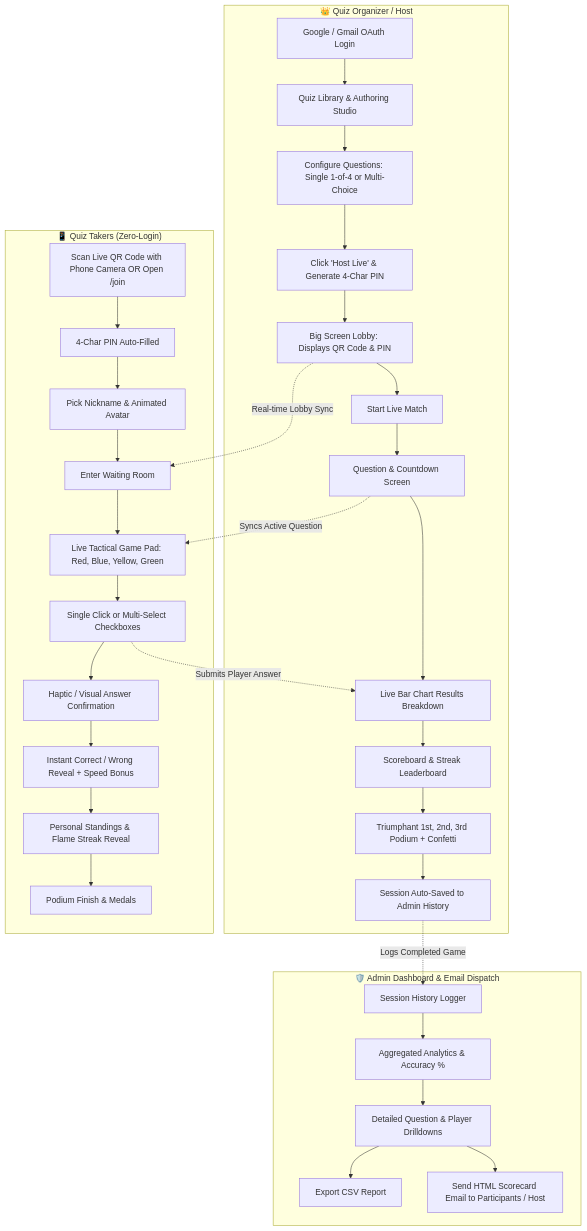
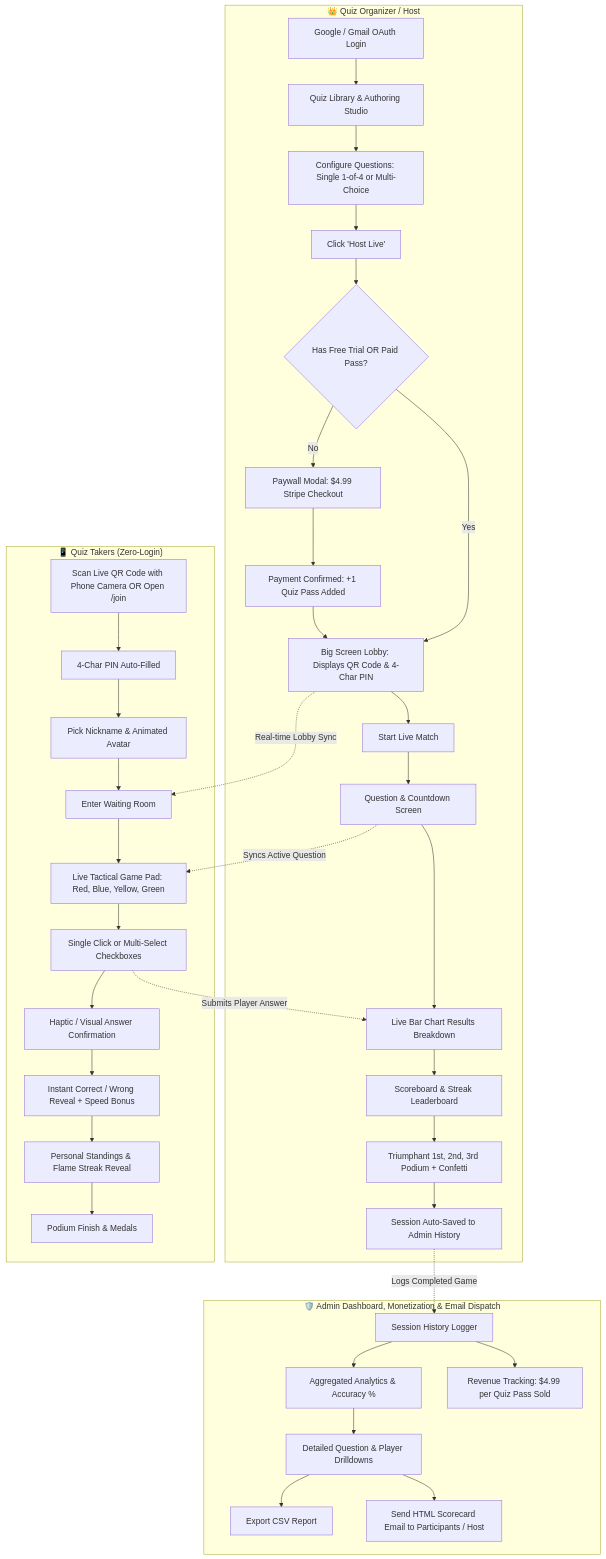
The first of 3 diagrams in README.md (karuthevar/QuizRush), drawn with Mermaid before and after one commit. The commit also changed other lines of this file and 12 other files, not shown here.

Commit message:
feat: implement monetization (.99 per quiz after 1 free trial) with Stripe checkout, paywall modal, billing balance, and test mode

````diff
--- a/README.md
+++ b/README.md
@@ -13,39 +13,44 @@
 ```mermaid
 flowchart TD
     subgraph Host ["👑 Quiz Organizer / Host"]
         H1[Google / Gmail OAuth Login] --> H2[Quiz Library & Authoring Studio]
         H2 --> H3[Configure Questions: Single 1-of-4 or Multi-Choice]
-        H3 --> H4[Click 'Host Live' & Generate 4-Char PIN]
-        H4 --> H5[Big Screen Lobby: Displays QR Code & PIN]
+        H3 --> H4[Click 'Host Live']
+        H4 --> H4A{Has Free Trial OR Paid Pass?}
+        H4A -- No --> H4B[Paywall Modal: $4.99 Stripe Checkout]
+        H4B --> H4C[Payment Confirmed: +1 Quiz Pass Added]
+        H4C --> H5
+        H4A -- Yes --> H5[Big Screen Lobby: Displays QR Code & 4-Char PIN]
         H5 --> H6[Start Live Match]
         H6 --> H7[Question & Countdown Screen]
         H7 --> H8[Live Bar Chart Results Breakdown]
         H8 --> H9[Scoreboard & Streak Leaderboard]
         H9 --> H10[Triumphant 1st, 2nd, 3rd Podium + Confetti]
         H10 --> H11[Session Auto-Saved to Admin History]
     end
 
     subgraph Players ["📱 Quiz Takers (Zero-Login)"]
         P1[Scan Live QR Code with Phone Camera OR Open /join] --> P2[4-Char PIN Auto-Filled]
         P2 --> P3[Pick Nickname & Animated Avatar]
         P3 --> P4[Enter Waiting Room]
         P4 --> P5[Live Tactical Game Pad: Red, Blue, Yellow, Green]
         P5 --> P6[Single Click or Multi-Select Checkboxes]
         P6 --> P7[Haptic / Visual Answer Confirmation]
         P7 --> P8[Instant Correct / Wrong Reveal + Speed Bonus]
         P8 --> P9[Personal Standings & Flame Streak Reveal]
         P9 --> P10[Podium Finish & Medals]
     end
 
-    subgraph AdminEngine ["🛡️ Admin Dashboard & Email Dispatch"]
+    subgraph AdminEngine ["🛡️ Admin Dashboard, Monetization & Email Dispatch"]
         A1[Session History Logger] --> A2[Aggregated Analytics & Accuracy %]
         A2 --> A3[Detailed Question & Player Drilldowns]
         A3 --> A4[Export CSV Report]
         A3 --> A5[Send HTML Scorecard Email to Participants / Host]
+        A1 --> A6[Revenue Tracking: $4.99 per Quiz Pass Sold]
     end
 
     H5 -.->|Real-time Lobby Sync| P4
     H7 -.->|Syncs Active Question| P5
     P6 -.->|Submits Player Answer| H8
     H11 -.->|Logs Completed Game| A1
 ```
````
